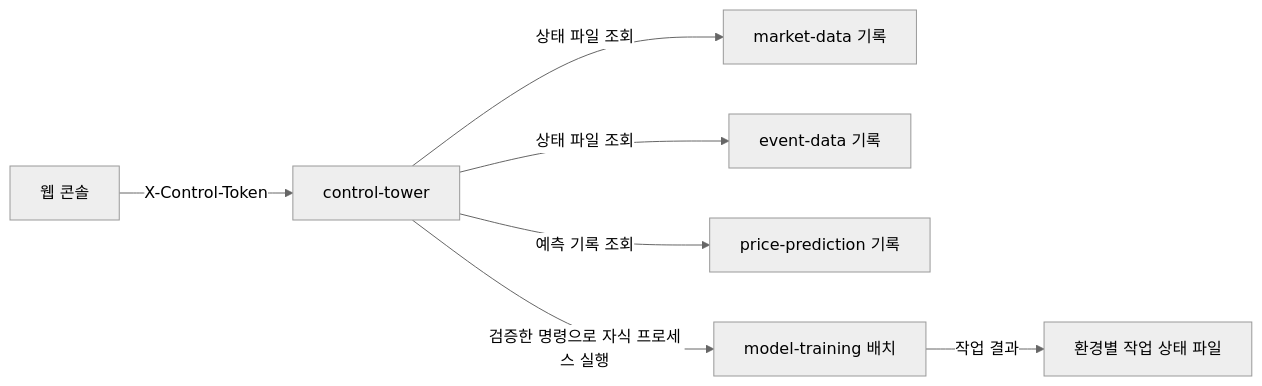
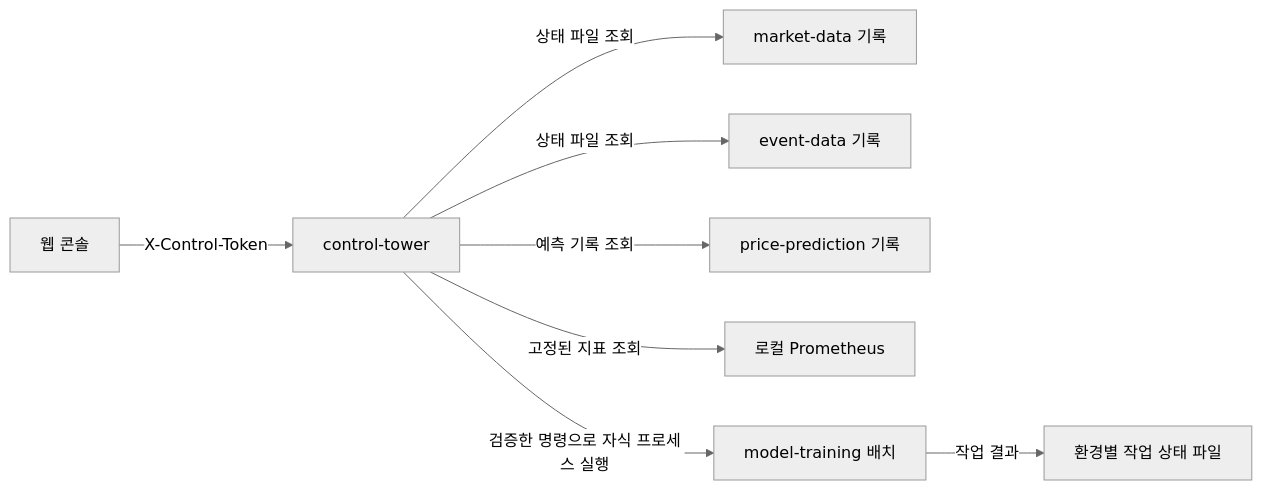
Before and after one commit to ShinYEB/Auto-helm: the diagram in docs/lld/05-control-tower.md, drawn with Mermaid (neutral theme). The commit also changed other lines of this file and 8 other files, not shown here.

````diff
--- a/docs/lld/05-control-tower.md
+++ b/docs/lld/05-control-tower.md
@@ -11,9 +11,10 @@
 ```mermaid
 flowchart LR
     UI["웹 콘솔"] -->|"X-Control-Token"| CT["control-tower"]
     CT -->|"상태 파일 조회"| MARKET["market-data 기록"]
     CT -->|"상태 파일 조회"| EVENT["event-data 기록"]
     CT -->|"예측 기록 조회"| PRED["price-prediction 기록"]
+    CT -->|"고정된 지표 조회"| PROM["로컬 Prometheus"]
     CT -->|"검증한 명령으로 자식 프로세스 실행"| TRAIN["model-training 배치"]
     TRAIN -->|"작업 결과"| JOB["환경별 작업 상태 파일"]
 ```
````
